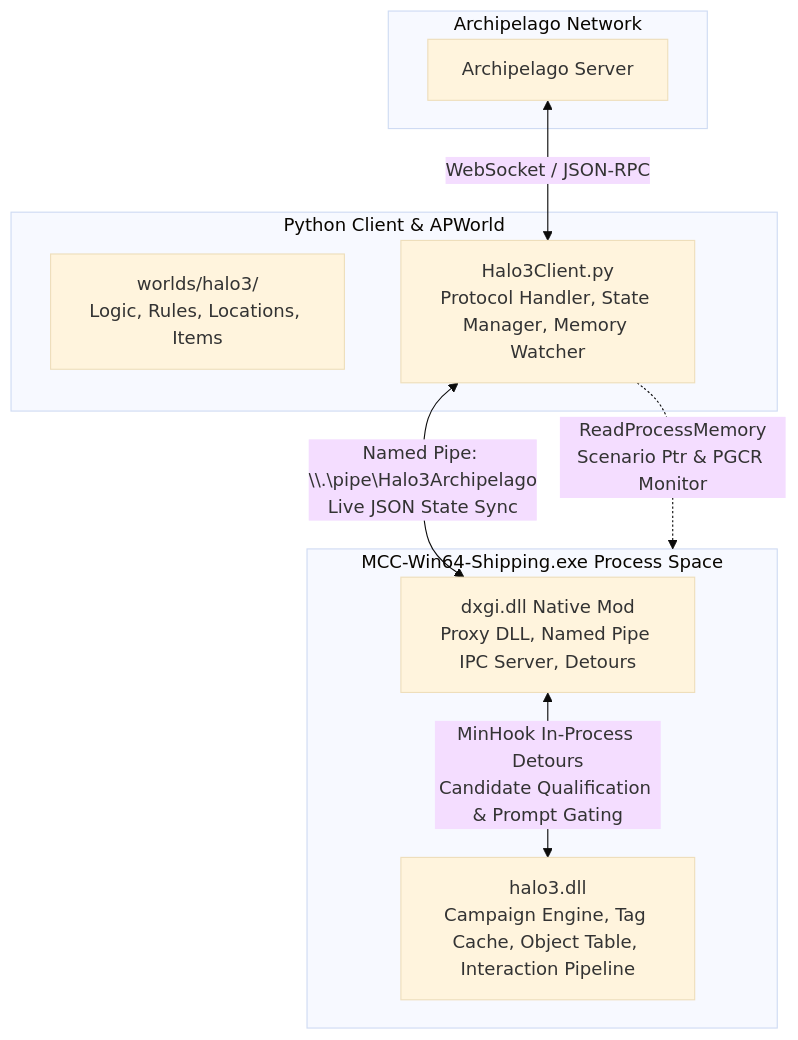
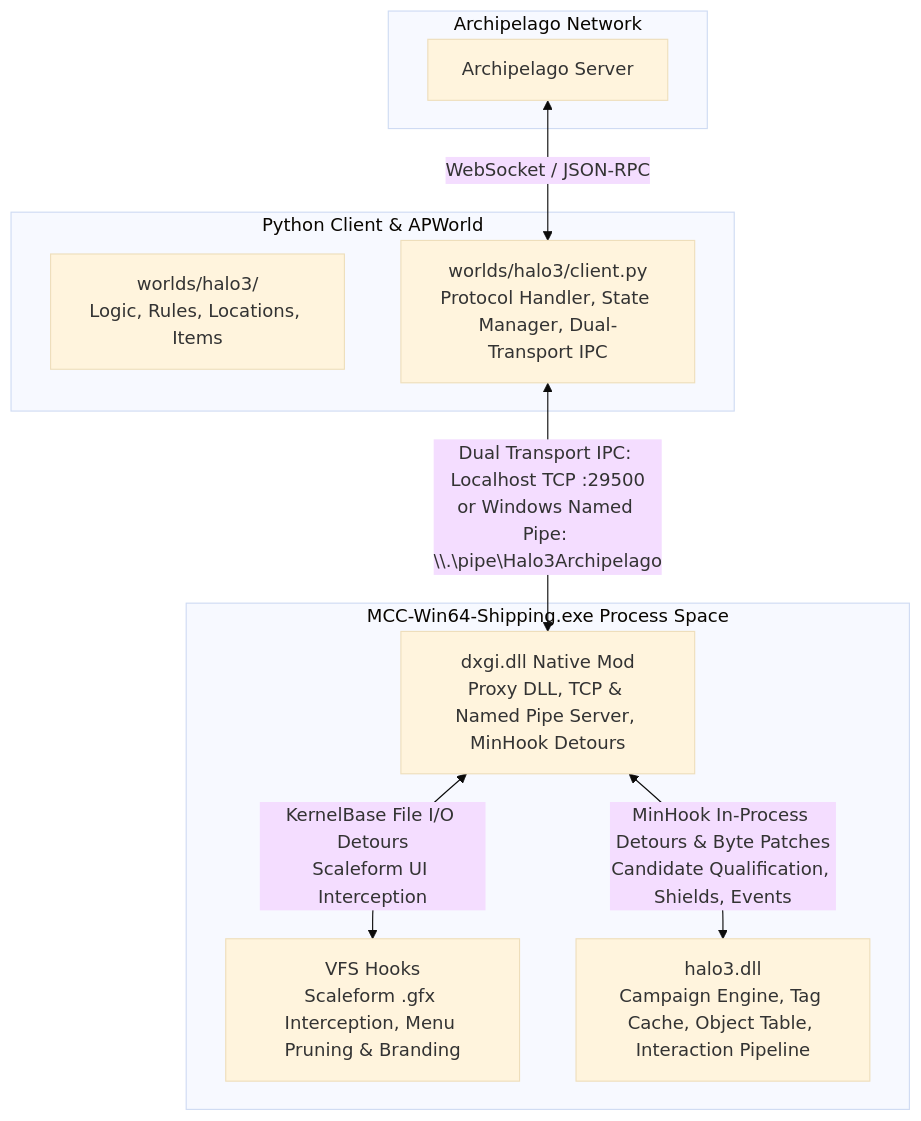
One commit to mwahagga/Archipelago changed the first of 3 diagrams in mcc_mod/docs/architecture_and_ipc.md. Above: the diagram before and after it, drawn with Mermaid (base theme). The commit also changed other lines of this file and 44 other files, not shown here.

````diff
--- a/mcc_mod/docs/architecture_and_ipc.md
+++ b/mcc_mod/docs/architecture_and_ipc.md
@@ -11,21 +14,22 @@
 ```mermaid
 graph TD
     subgraph MultiWorld [Archipelago Network]
         Server[Archipelago Server]
     end
 
     subgraph PythonLayer [Python Client & APWorld]
         APWorld[worlds/halo3/<br/>Logic, Rules, Locations, Items]
-        Client[Halo3Client.py<br/>Protocol Handler, State Manager, Memory Watcher]
+        Client[worlds/halo3/client.py<br/>Protocol Handler, State Manager, Dual-Transport IPC]
     end
 
     subgraph MCCProcess [MCC-Win64-Shipping.exe Process Space]
-        Proxy[dxgi.dll Native Mod<br/>Proxy DLL, Named Pipe IPC Server, Detours]
+        Proxy[dxgi.dll Native Mod<br/>Proxy DLL, TCP & Named Pipe Server, MinHook Detours]
+        VFSHooks[VFS Hooks<br/>Scaleform .gfx Interception, Menu Pruning & Branding]
         H3Module[halo3.dll<br/>Campaign Engine, Tag Cache, Object Table, Interaction Pipeline]
     end
 
     Server <-->|WebSocket / JSON-RPC| Client
-    Client <-->|Named Pipe: \\.\pipe\Halo3Archipelago<br/>Live JSON State Sync| Proxy
-    Client -.->|ReadProcessMemory<br/>Scenario Ptr & PGCR Monitor| MCCProcess
-    Proxy <-->|MinHook In-Process Detours<br/>Candidate Qualification & Prompt Gating| H3Module
+    Client <-->|Dual Transport IPC: Localhost TCP :29500<br/>or Windows Named Pipe: \\.\pipe\Halo3Archipelago| Proxy
+    Proxy <-->|KernelBase File I/O Detours<br/>Scaleform UI Interception| VFSHooks
+    Proxy <-->|MinHook In-Process Detours & Byte Patches<br/>Candidate Qualification, Shields, Events| H3Module
 ```
````
